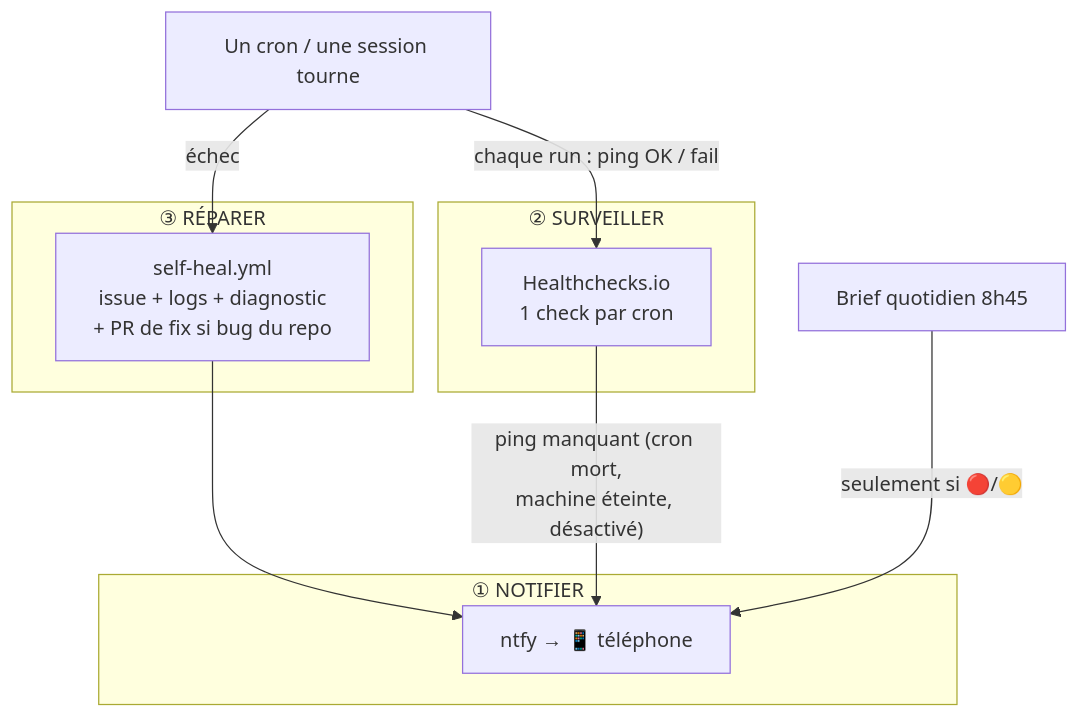
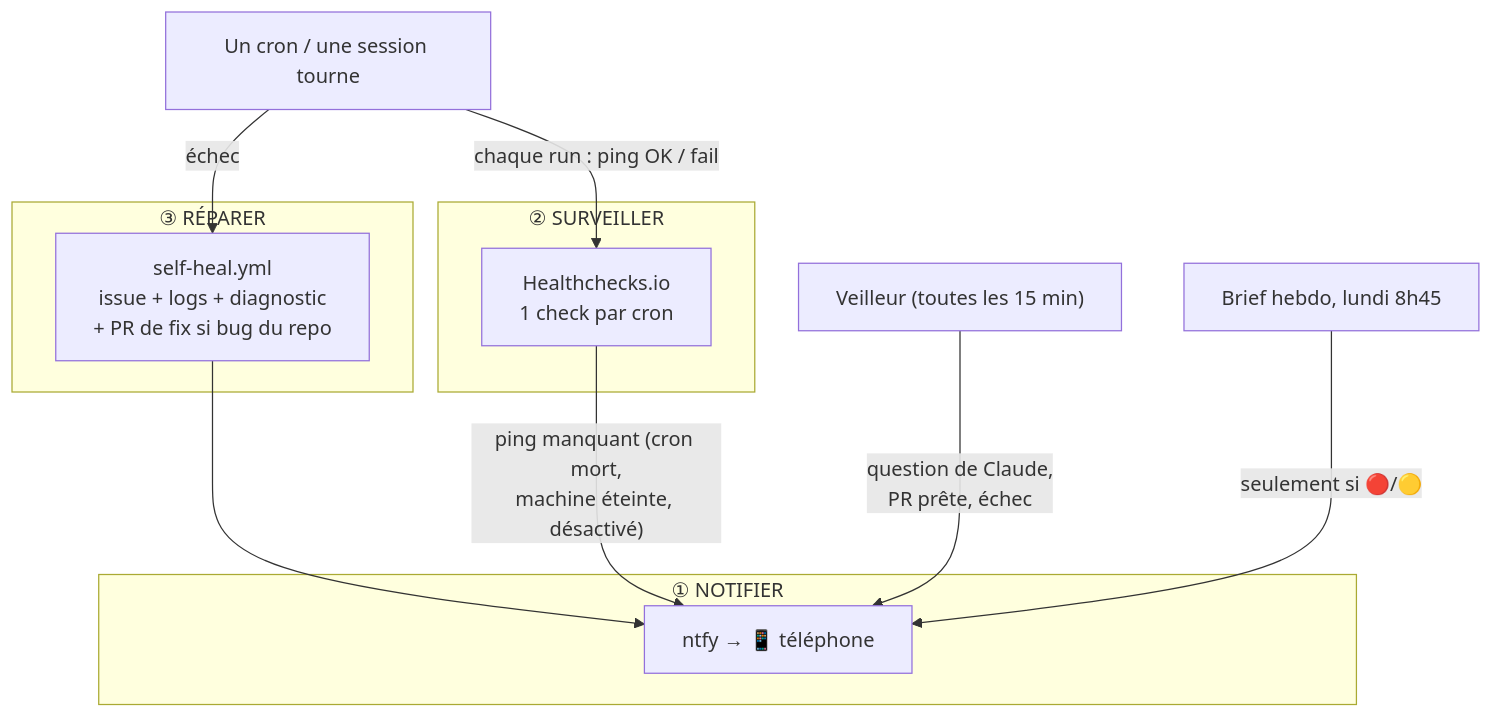
The sixth of 6 diagrams in GUIDE.md (Thibaud888/claude-code-fleet), drawn with Mermaid before and after one commit. The commit also changed other lines of this file and 9 other files, not shown here.

````diff
--- a/GUIDE.md
+++ b/GUIDE.md
@@ -326,18 +334,19 @@
 ```mermaid
 flowchart TB
     CRON["Un cron / une session tourne"]
     subgraph E1["① NOTIFIER"]
         NT["ntfy → 📱 téléphone"]
     end
     subgraph E2["② SURVEILLER"]
         HC["Healthchecks.io<br/>1 check par cron"]
     end
     subgraph E3["③ RÉPARER"]
         SH["self-heal.yml<br/>issue + logs + diagnostic<br/>+ PR de fix si bug du repo"]
     end
     CRON -->|"chaque run : ping OK / fail"| HC
     CRON -->|"échec"| SH
     SH --> NT
     HC -->|"ping manquant (cron mort,<br/>machine éteinte, désactivé)"| NT
-    BRIEF["Brief quotidien 8h45"] -->|"seulement si 🔴/🟡"| NT
+    VEIL["Veilleur (toutes les 15 min)"] -->|"question de Claude,<br/>PR prête, échec"| NT
+    BRIEF["Brief hebdo, lundi 8h45"] -->|"seulement si 🔴/🟡"| NT
 ```
````
